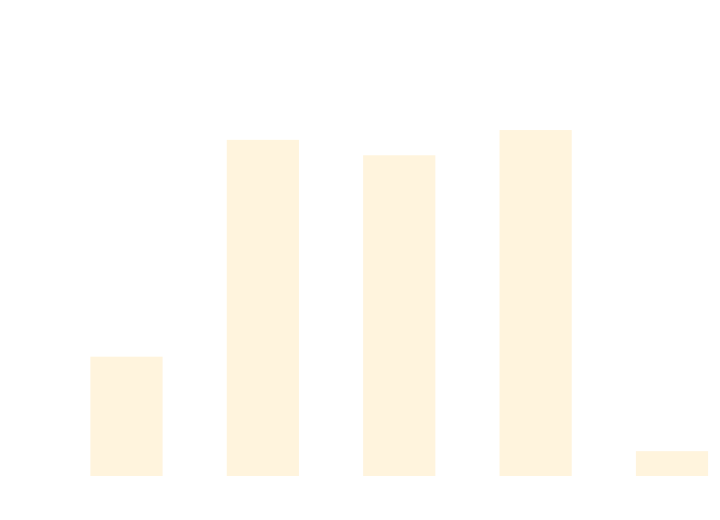
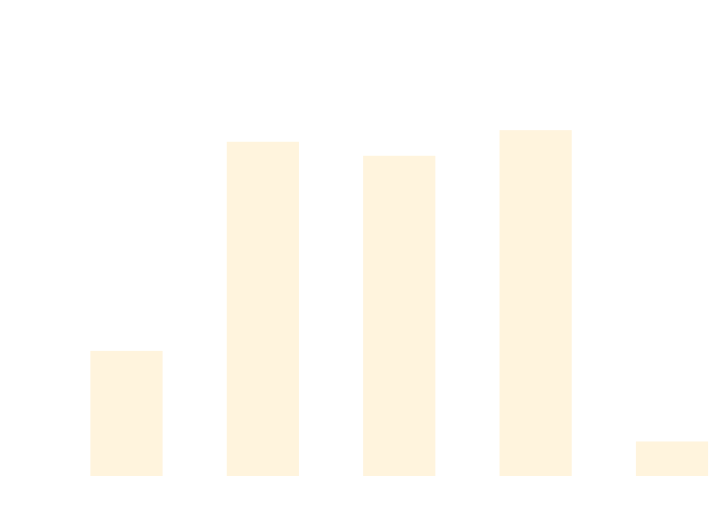
One commit to thomhurst/TUnit changed the diagram in docs/docs/benchmarks/MatrixTests.md. Above: the diagram before and after it, drawn with Mermaid. The commit also changed other lines of this file and 17 other files, not shown here.

````diff
--- a/docs/docs/benchmarks/MatrixTests.md
+++ b/docs/docs/benchmarks/MatrixTests.md
@@ -27,37 +27,37 @@
 ```mermaid
 %%{init: {
   'theme':'base',
   'themeVariables': {
     'primaryColor': '#2563eb',
     'primaryTextColor': '#ffffff',
     'primaryBorderColor': '#1e40af',
     'lineColor': '#6b7280',
     'secondaryColor': '#7c3aed',
     'tertiaryColor': '#dc2626',
     'background': '#ffffff',
     'mainBkg': '#2563eb',
     'secondBkg': '#7c3aed',
     'tertiaryBkg': '#dc2626',
     'clusterBkg': '#f3f4f6',
     'edgeLabelBackground': '#ffffff',
     'tertiaryTextColor': '#1f2937',
     'pie1': '#2563eb',
     'pie2': '#7c3aed',
     'pie3': '#dc2626',
     'pie4': '#f59e0b',
     'pie5': '#10b981',
     'pie6': '#06b6d4',
     'pie7': '#ec4899',
     'pie8': '#6366f1',
     'pie9': '#84cc16',
     'pie10': '#f97316',
     'pie11': '#14b8a6',
     'pie12': '#a855f7'
   }
 }}%%
 xychart-beta
   title "MatrixTests Performance Comparison"
   x-axis ["TUnit", "NUnit", "MSTest", "xUnit3", "TUnit_AOT"]
-  y-axis "Time (ms)" 0 --> 1922
-  bar [525.91, 1554.94, 1481.77, 1601.4, 77.58]
+  y-axis "Time (ms)" 0 --> 1981
+  bar [570.5, 1593.3, 1524.8, 1650.1, 127.3]
 ```
````
